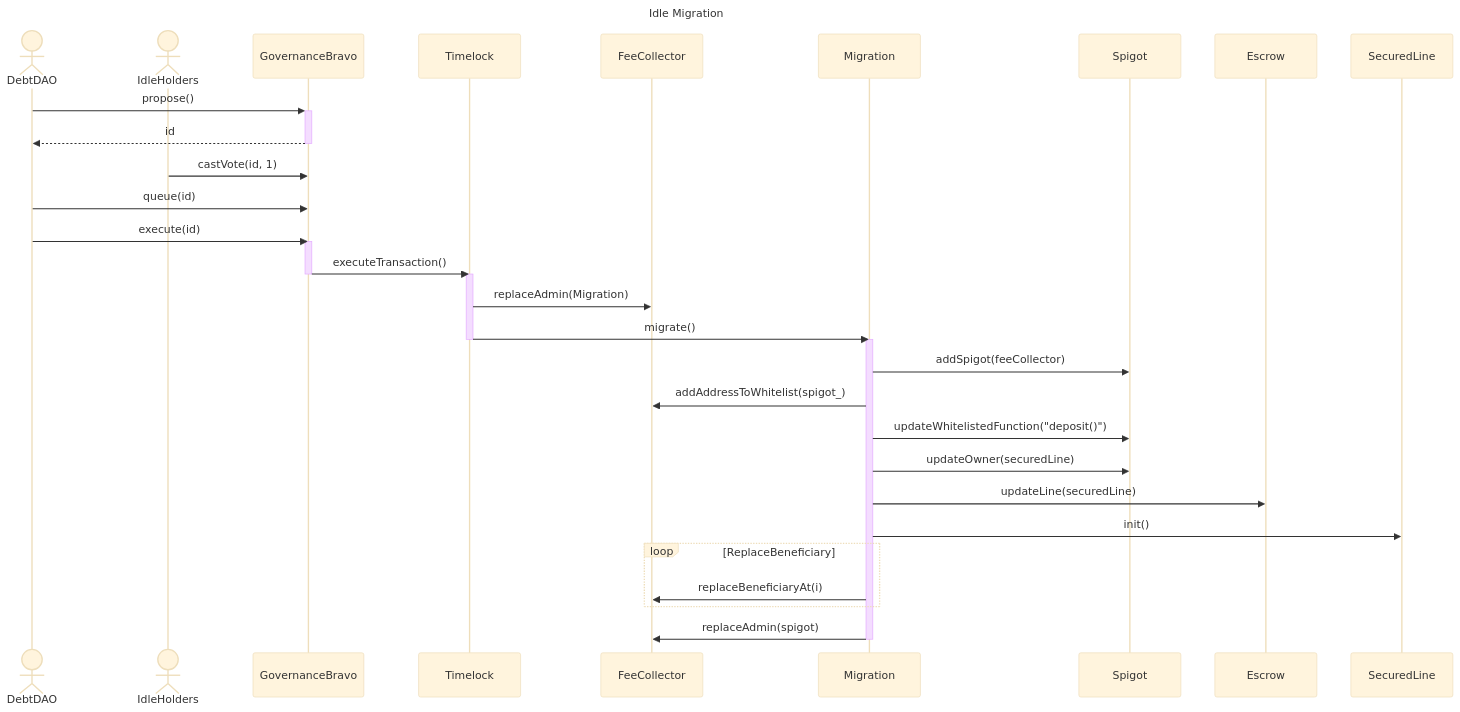
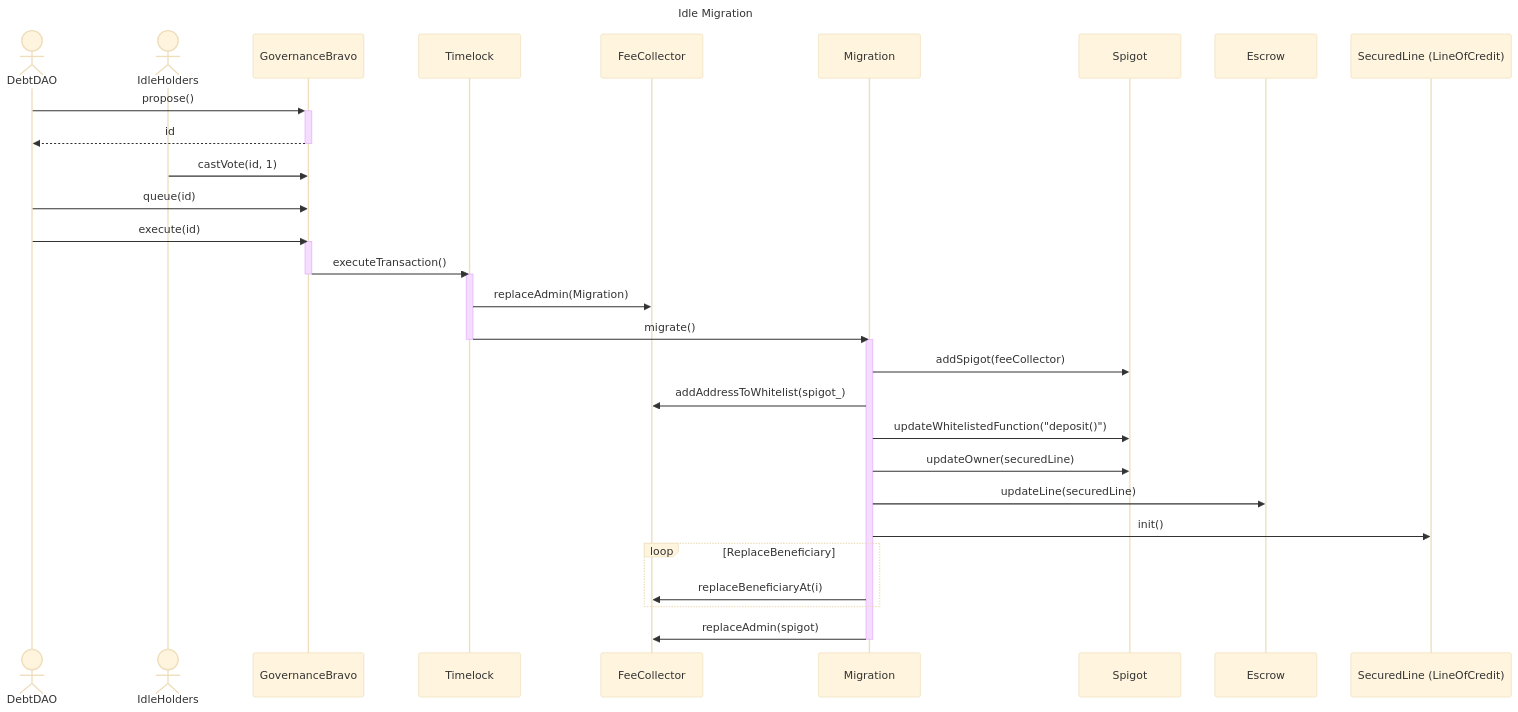
The second of 3 diagrams in migrations/idle-finance/docs.md (debtdao/spigot-migrations), drawn with Mermaid (base theme) before and after one commit. The commit also changed other lines of this file, not shown here.

````diff
--- a/migrations/idle-finance/docs.md
+++ b/migrations/idle-finance/docs.md
@@ -30,32 +32,32 @@
 ```mermaid
 sequenceDiagram
     title Idle Migration
 
     actor DebtDAO
     actor IdleHolders
     DebtDAO ->>+ GovernanceBravo: propose()
     GovernanceBravo -->>- DebtDAO: id
     IdleHolders ->> GovernanceBravo: castVote(id, 1)
     DebtDAO ->> GovernanceBravo: queue(id)
     DebtDAO ->> GovernanceBravo: execute(id)
     activate GovernanceBravo
     GovernanceBravo ->> Timelock: executeTransaction()
     deactivate GovernanceBravo
     activate Timelock
     Timelock ->> FeeCollector: replaceAdmin(Migration)
     Timelock ->> Migration: migrate()
     deactivate Timelock
     activate Migration
     Migration ->> Spigot: addSpigot(feeCollector)
     Migration ->> FeeCollector: addAddressToWhitelist(spigot_)
     Migration ->> Spigot: updateWhitelistedFunction("deposit()")
     Migration ->> Spigot: updateOwner(securedLine)
     Migration ->> Escrow: updateLine(securedLine)
-    Migration ->> SecuredLine: init()
+    Migration ->> SecuredLine (LineOfCredit): init()
     loop ReplaceBeneficiary
         Migration ->> FeeCollector: replaceBeneficiaryAt(i)
     end
     Migration ->> FeeCollector: replaceAdmin(spigot)
     deactivate Migration
 
 ```
````
